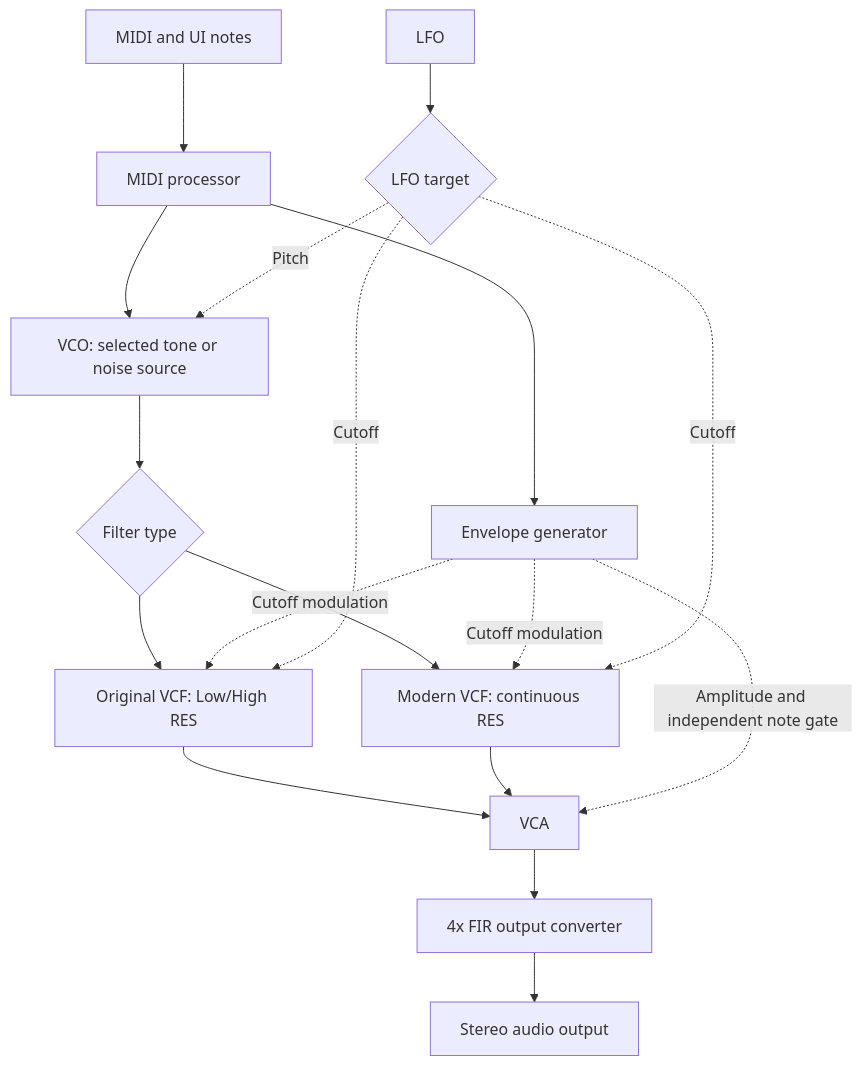
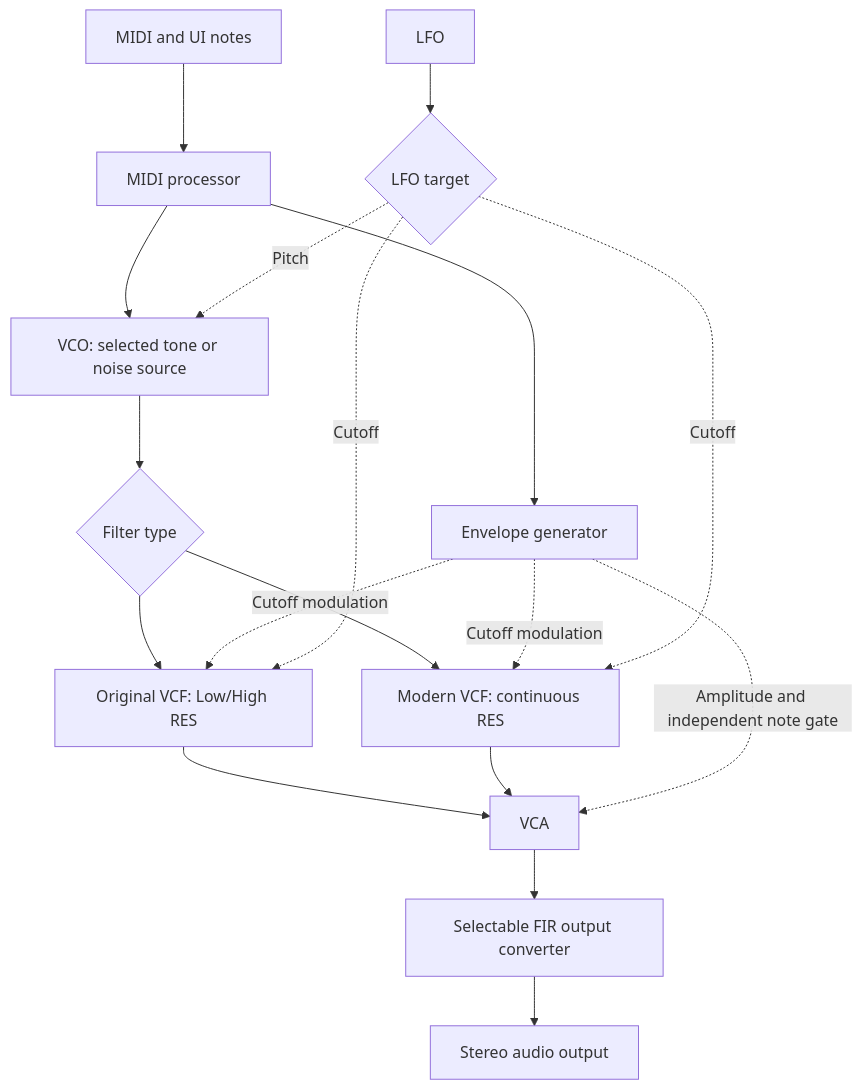
The diagram in README.md (yasuyuki-baba/cheapsynth01), drawn with Mermaid before and after one commit. The commit also changed other lines of this file and 24 other files, not shown here.

````diff
--- a/README.md
+++ b/README.md
@@ -71,20 +72,20 @@
 ```mermaid
 graph TD
     MIDI[MIDI and UI notes] --> MidiProc[MIDI processor]
     MidiProc --> VCO[VCO: selected tone or noise source]
     MidiProc --> EG[Envelope generator]
     VCO --> Filter{Filter type}
     Filter --> Original[Original VCF: Low/High RES]
     Filter --> Modern[Modern VCF: continuous RES]
     Original --> VCA[VCA]
     Modern --> VCA
     EG -. Cutoff modulation .-> Original
     EG -. Cutoff modulation .-> Modern
     EG -. Amplitude and independent note gate .-> VCA
     LFO[LFO] --> Target{LFO target}
     Target -. Pitch .-> VCO
     Target -. Cutoff .-> Original
     Target -. Cutoff .-> Modern
-    VCA --> FIR[4x FIR output converter]
+    VCA --> FIR[Selectable FIR output converter]
     FIR --> Output[Stereo audio output]
 ```
````
